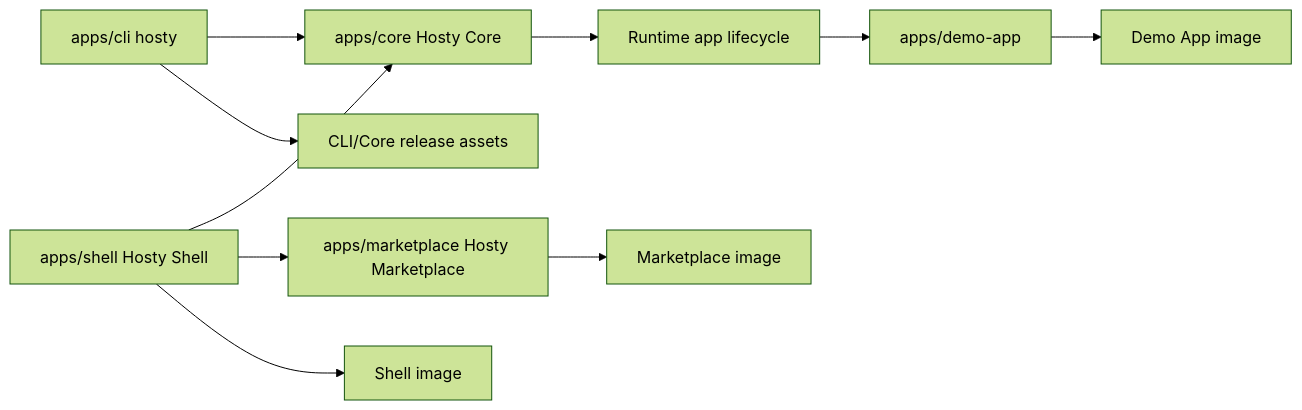
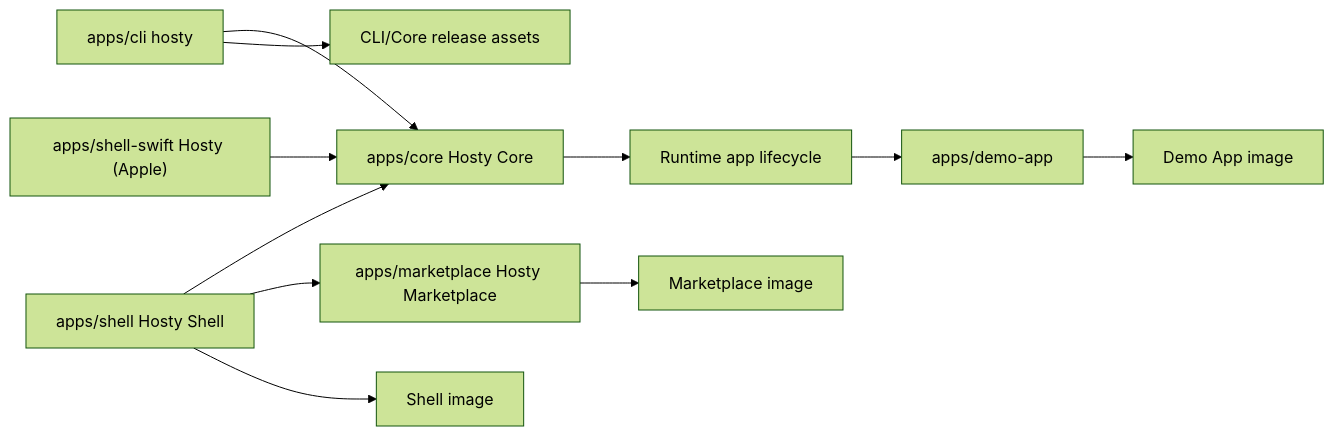
Before and after one commit to alex-de-haas/docker-host: the diagram in docs/features/repository-release-model.md, drawn with Mermaid (forest theme). The commit also changed other lines of this file and 52 other files, not shown here.

````diff
--- a/docs/features/repository-release-model.md
+++ b/docs/features/repository-release-model.md
@@ -24,12 +25,13 @@
 ```mermaid
 flowchart LR
   CLI["apps/cli hosty"] --> Core["apps/core Hosty Core"]
   Shell["apps/shell Hosty Shell"] --> Core
   Shell --> Marketplace["apps/marketplace Hosty Marketplace"]
   Core --> Runtime["Runtime app lifecycle"]
   Runtime --> Demo["apps/demo-app"]
   CLI --> Artifacts["CLI/Core release assets"]
   Shell --> ShellImage["Shell image"]
   Marketplace --> MarketplaceImage["Marketplace image"]
   Demo --> DemoImage["Demo App image"]
+  SwiftShell["apps/shell-swift Hosty (Apple)"] --> Core
 ```
````
